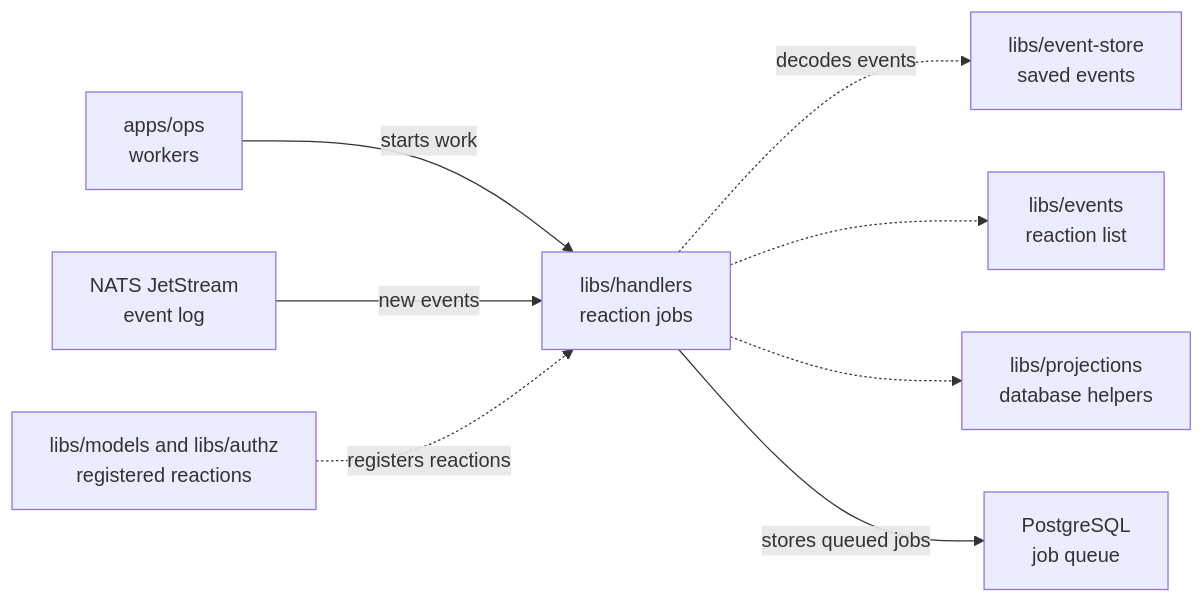
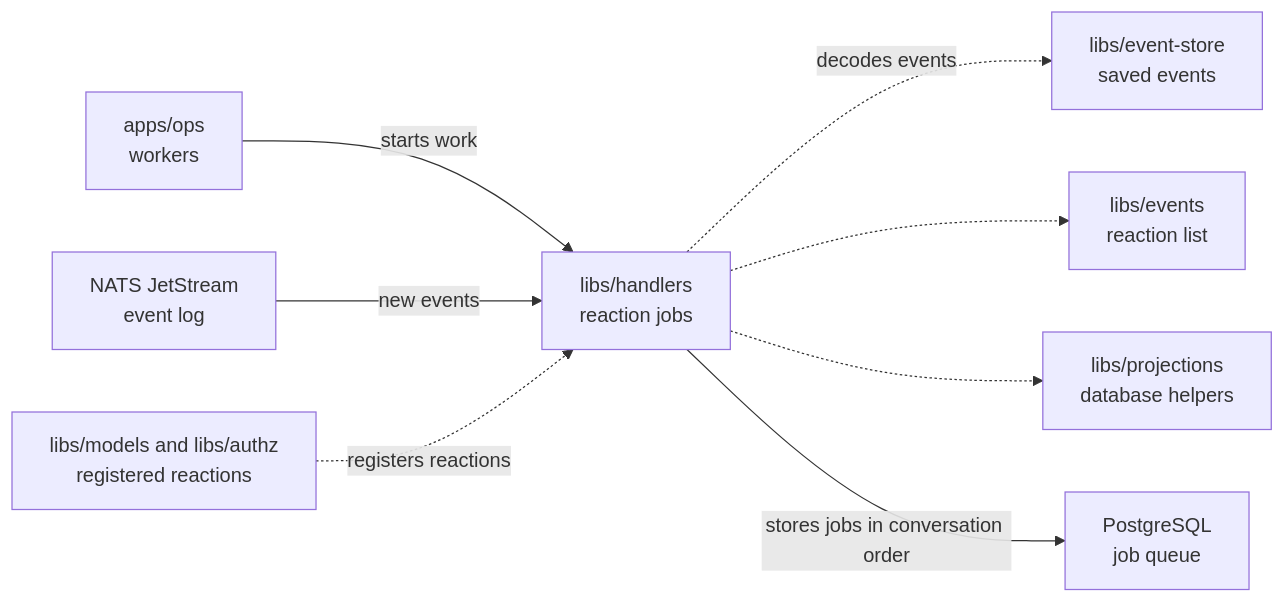
The diagram in libs/handlers/README.md (elewa-git/opencrane-new), drawn with Mermaid before and after one commit. The commit also changed other lines of this file and 37 other files, not shown here.

````diff
--- a/libs/handlers/README.md
+++ b/libs/handlers/README.md
@@ -28,10 +28,10 @@
 ```mermaid
 flowchart LR
   ops["apps/ops<br/>workers"] -->|starts work| handlers["libs/handlers<br/>reaction jobs"]
   nats["NATS JetStream<br/>event log"] -->|new events| handlers
   reactions["libs/models and libs/authz<br/>registered reactions"] -.->|registers reactions| handlers
   handlers -.->|decodes events| store["libs/event-store<br/>saved events"]
   handlers -.-> events["libs/events<br/>reaction list"]
   handlers -.-> projections["libs/projections<br/>database helpers"]
-  handlers -->|stores queued jobs| pg["PostgreSQL<br/>job queue"]
+  handlers -->|stores jobs in conversation order| pg["PostgreSQL<br/>job queue"]
 ```
````
